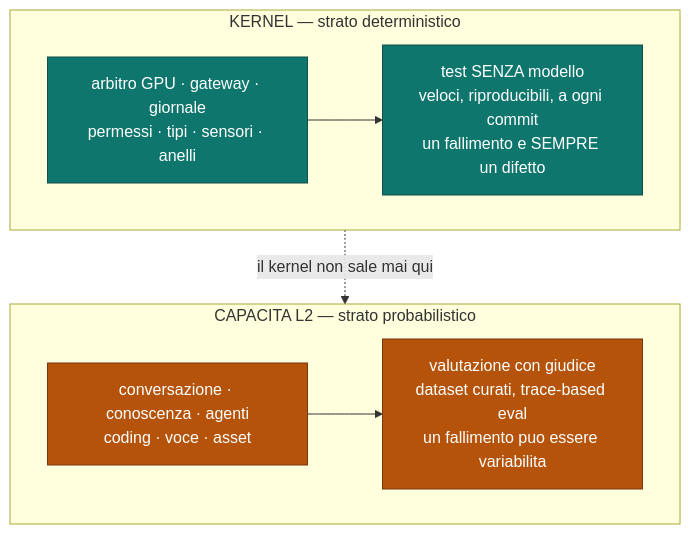
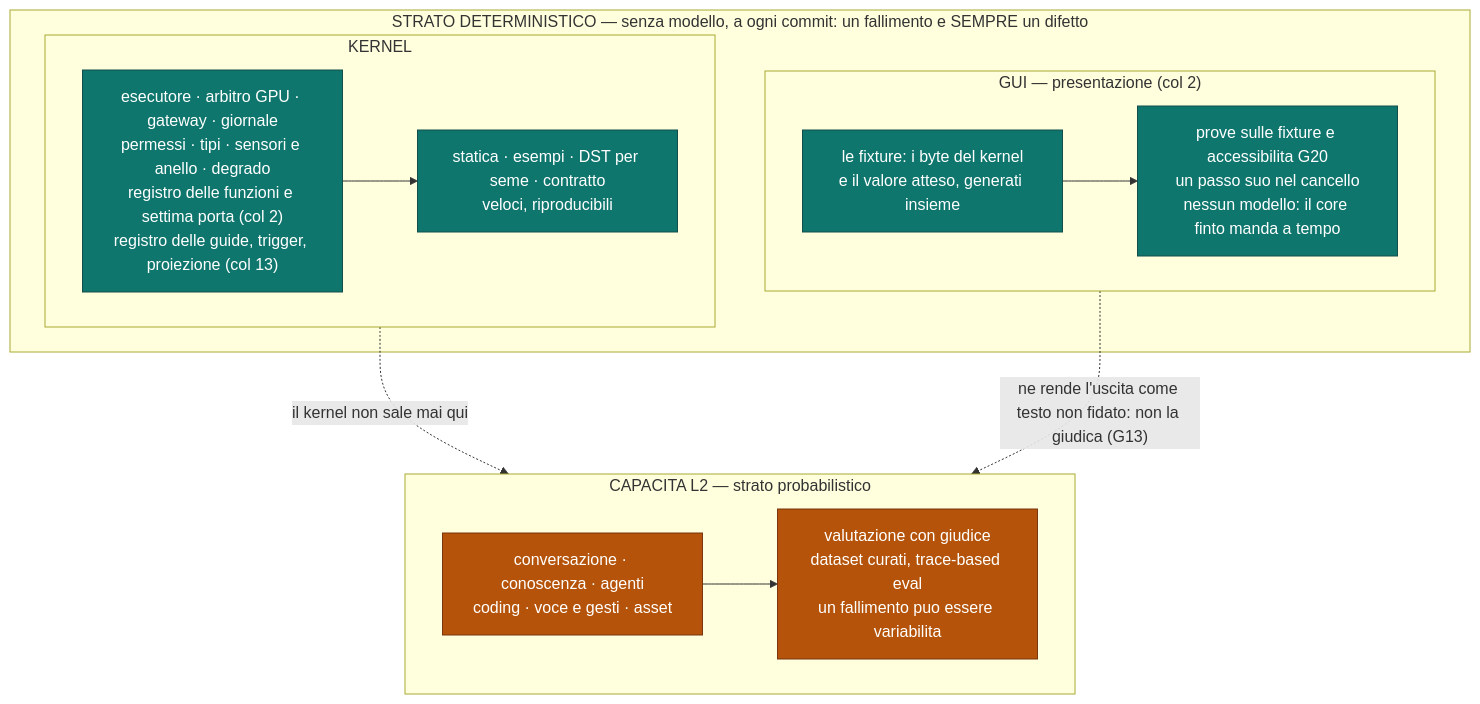
The diagram in docs/design/08-strategia-di-test.md (devfrx/daemon), drawn with Mermaid before and after one commit. The commit also changed other lines of this file and 2 other files, not shown here.

````diff
--- a/docs/design/08-strategia-di-test.md
+++ b/docs/design/08-strategia-di-test.md
@@ -11,21 +24,29 @@
 ```mermaid
 flowchart TB
-    subgraph K["KERNEL — strato deterministico"]
-        K1["arbitro GPU · gateway · giornale<br/>permessi · tipi · sensori · anelli"]
-        K2["test SENZA modello<br/>veloci, riproducibili, a ogni commit<br/>un fallimento e SEMPRE un difetto"]
-        K1 --> K2
+    subgraph D["STRATO DETERMINISTICO — senza modello, a ogni commit: un fallimento e SEMPRE un difetto"]
+        subgraph K["KERNEL"]
+            K1["esecutore · arbitro GPU · gateway · giornale<br/>permessi · tipi · sensori e anello · degrado<br/>registro delle funzioni e settima porta (col 2)<br/>registro delle guide, trigger, proiezione (col 13)"]
+            K2["statica · esempi · DST per seme · contratto<br/>veloci, riproducibili"]
+            K1 --> K2
+        end
+        subgraph G["GUI — presentazione (col 2)"]
+            G1["le fixture: i byte del kernel<br/>e il valore atteso, generati insieme"]
+            G2["prove sulle fixture e accessibilita G20<br/>un passo suo nel cancello<br/>nessun modello: il core finto manda a tempo"]
+            G1 --> G2
+        end
     end
 
     subgraph C["CAPACITA L2 — strato probabilistico"]
-        C1["conversazione · conoscenza · agenti<br/>coding · voce · asset"]
+        C1["conversazione · conoscenza · agenti<br/>coding · voce e gesti · asset"]
         C2["valutazione con giudice<br/>dataset curati, trace-based eval<br/>un fallimento puo essere variabilita"]
         C1 --> C2
     end
 
     K -.->|"il kernel non sale mai qui"| C
+    G -.->|"ne rende l'uscita come testo non fidato: non la giudica (G13)"| C
 
     classDef det fill:#0f766e,stroke:#134e4a,color:#fff
     classDef prob fill:#b45309,stroke:#78350f,color:#fff
-    class K1,K2 det
+    class K1,K2,G1,G2 det
     class C1,C2 prob
 ```
````
